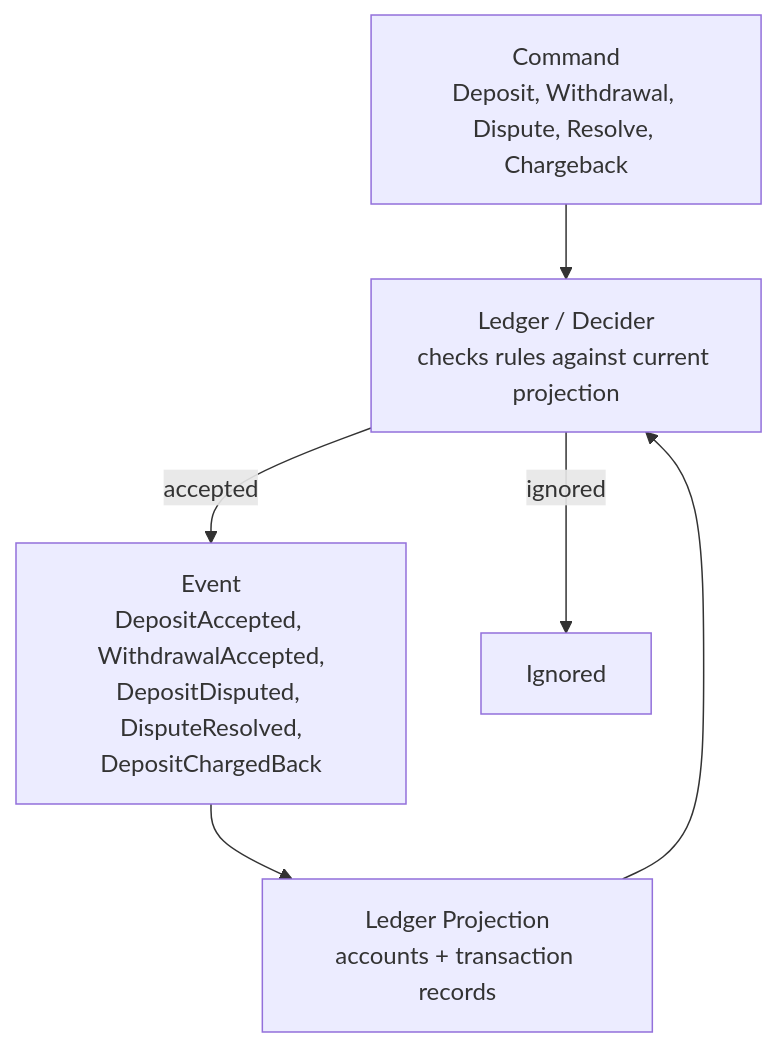
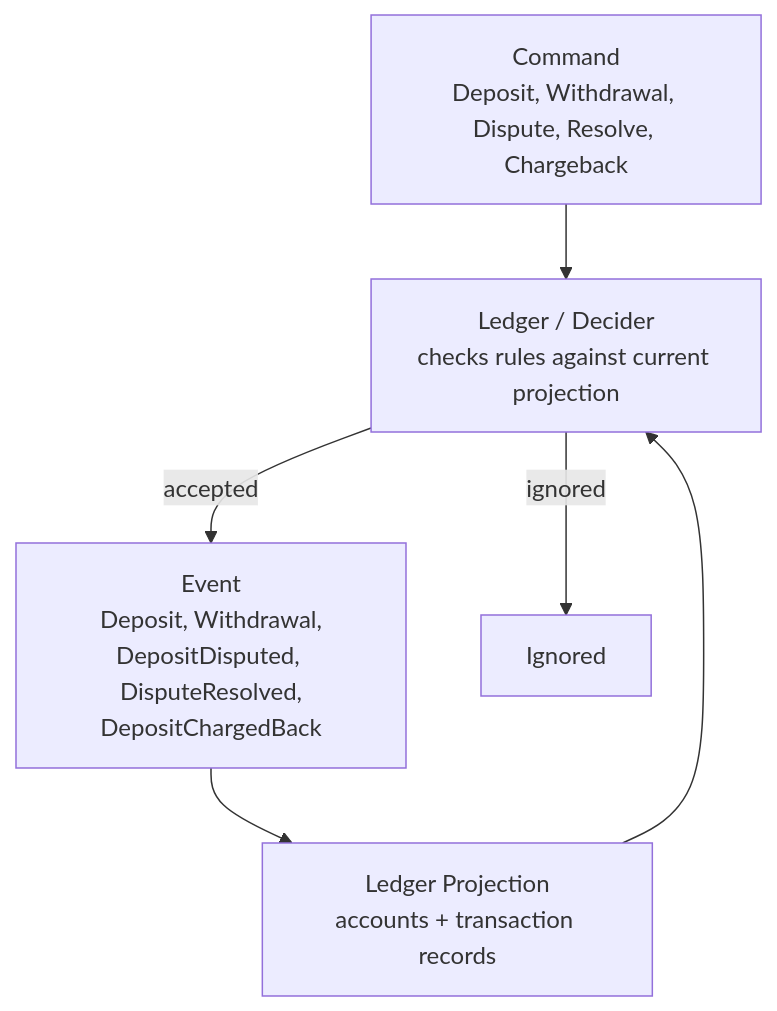
The second of 3 diagrams in docs/event-sourcing-architecture.md (leonardorudolfocardoso/themis), drawn with Mermaid before and after one commit. The commit also changed other lines of this file and 5 other files, not shown here.

Commit message:
refactor: simplify accepted event names

````diff
--- a/docs/event-sourcing-architecture.md
+++ b/docs/event-sourcing-architecture.md
@@ -37,16 +37,16 @@
 ```mermaid
 flowchart TD
     Command[Command<br/>Deposit, Withdrawal, Dispute, Resolve, Chargeback]
 
     Decider[Ledger / Decider<br/>checks rules against current projection]
 
-    Event[Event<br/>DepositAccepted, WithdrawalAccepted,<br/>DepositDisputed, DisputeResolved,<br/>DepositChargedBack]
+    Event[Event<br/>Deposit, Withdrawal,<br/>DepositDisputed, DisputeResolved,<br/>DepositChargedBack]
 
     Projection[Ledger Projection<br/>accounts + transaction records]
 
     Command --> Decider
     Projection --> Decider
     Decider -->|accepted| Event
     Decider -->|ignored| Ignored[Ignored]
     Event --> Projection
 ```
````
